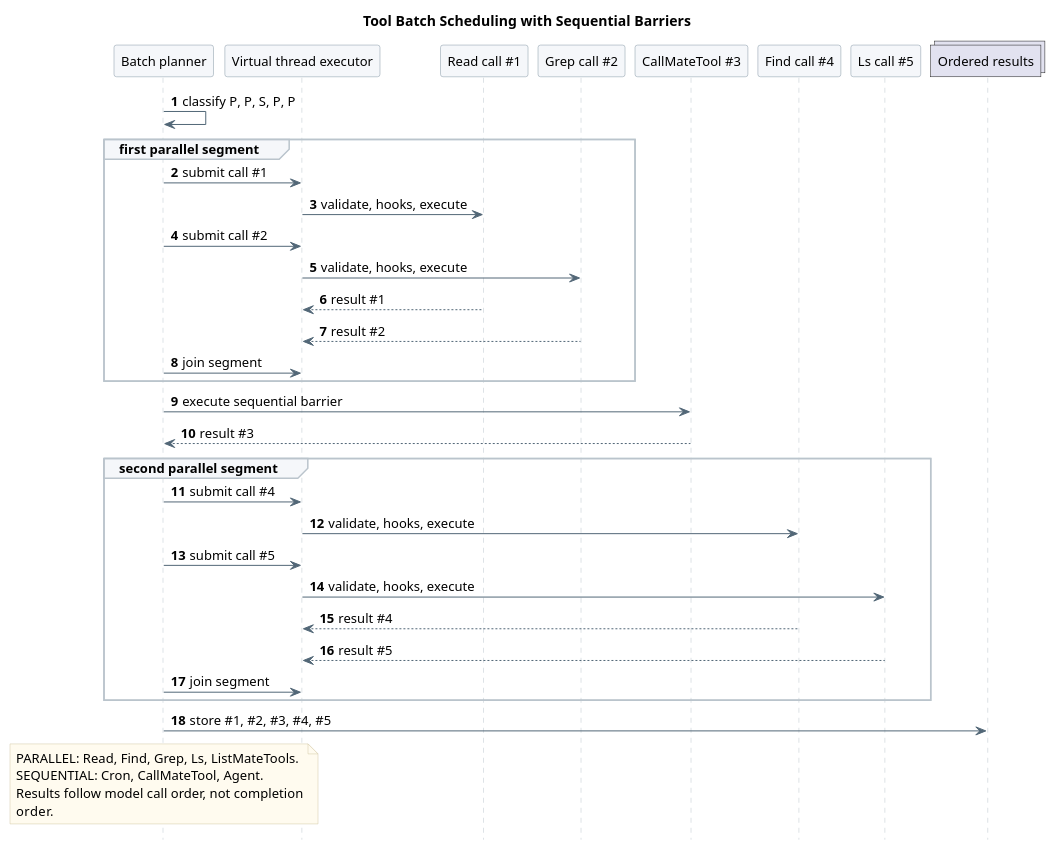
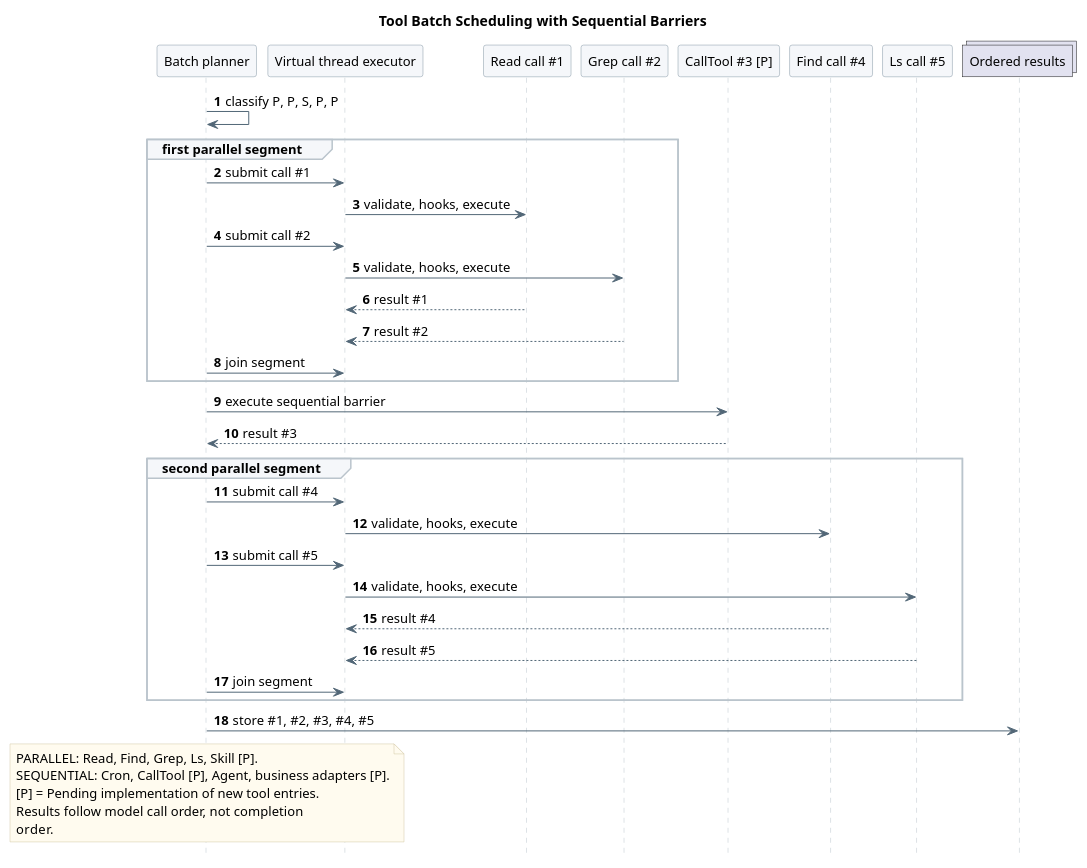
The seventh of 11 diagrams in 01-总体架构/02-CampusClaw工具系统/diagram.puml (ssm0808/pi-mono-java-design), drawn with PlantUML before and after one commit. The commit also changed other lines of this file and 18 other files, not shown here.

Commit message:
docs(tools): 设计 Agent 工具代理与 Skill 渐进发现

```diff
--- a/01-总体架构/02-CampusClaw工具系统/diagram.puml
+++ b/01-总体架构/02-CampusClaw工具系统/diagram.puml
@@ -505,66 +504,67 @@
 @startuml tool_batch_scheduling
 skinparam backgroundColor white
 skinparam defaultFontName SansSerif
 skinparam defaultFontSize 13
 skinparam shadowing false
 skinparam sequenceMessageAlign left
 skinparam maxMessageSize 165
 skinparam sequenceArrowColor #526777
 skinparam sequenceLifeLineBorderColor #BAC4CC
 skinparam sequenceParticipantBackgroundColor #F5F7FA
 skinparam sequenceParticipantBorderColor #8496A4
 skinparam sequenceGroupBackgroundColor #F5F7FA
 skinparam sequenceGroupBorderColor #BAC4CC
 skinparam noteBackgroundColor #FFFBEF
 skinparam noteBorderColor #D2C6A5
 hide footbox
 autonumber
 title Tool Batch Scheduling with Sequential Barriers
 
 ' Source evidence (CampusClaw d649866):
 ' modules/agent-core/src/main/java/com/campusclaw/agent/tool/AgentTool.java: AgentTool
 ' modules/agent-core/src/main/java/com/campusclaw/agent/tool/ToolExecutionPipeline.java: executeAll
 ' Observed behavior: the pipeline does not yet implement the target adjacent
 ' parallel-segment planner.
 ' Design reason: read-only tools may overlap, but Cron, Mate execution, and Child
 ' execution preserve their model order as explicit barriers.
 
 participant "Batch planner" as Planner
 participant "Virtual thread executor" as Executor
 participant "Read call #1" as P1
 participant "Grep call #2" as P2
-participant "CallMateTool #3" as S3
+participant "CallTool #3 [P]" as S3
 participant "Find call #4" as P4
 participant "Ls call #5" as P5
 collections "Ordered results" as Results
 
 Planner -> Planner : classify P, P, S, P, P
 group first parallel segment
   Planner -> Executor : submit call #1
   Executor -> P1 : validate, hooks, execute
   Planner -> Executor : submit call #2
   Executor -> P2 : validate, hooks, execute
   P1 --> Executor : result #1
   P2 --> Executor : result #2
   Planner -> Executor : join segment
 end
 Planner -> S3 : execute sequential barrier
 S3 --> Planner : result #3
 group second parallel segment
   Planner -> Executor : submit call #4
   Executor -> P4 : validate, hooks, execute
   Planner -> Executor : submit call #5
   Executor -> P5 : validate, hooks, execute
   P4 --> Executor : result #4
   P5 --> Executor : result #5
   Planner -> Executor : join segment
 end
 Planner -> Results : store #1, #2, #3, #4, #5
 
 note over Planner
-  PARALLEL: Read, Find, Grep, Ls, ListMateTools.
-  SEQUENTIAL: Cron, CallMateTool, Agent.
+  PARALLEL: Read, Find, Grep, Ls, Skill [P].
+  SEQUENTIAL: Cron, CallTool [P], Agent, business adapters [P].
+  [P] = Pending implementation of new tool entries.
   Results follow model call order, not completion
   order.
 end note
 @enduml
```
